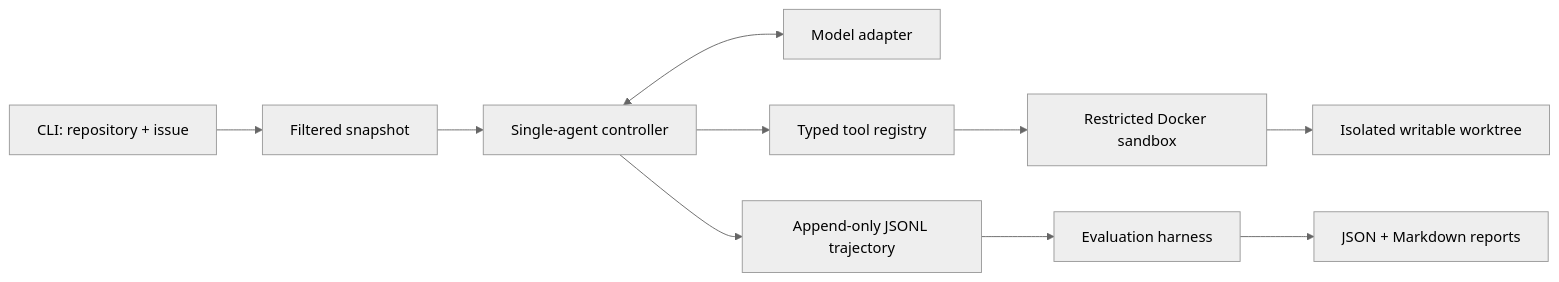
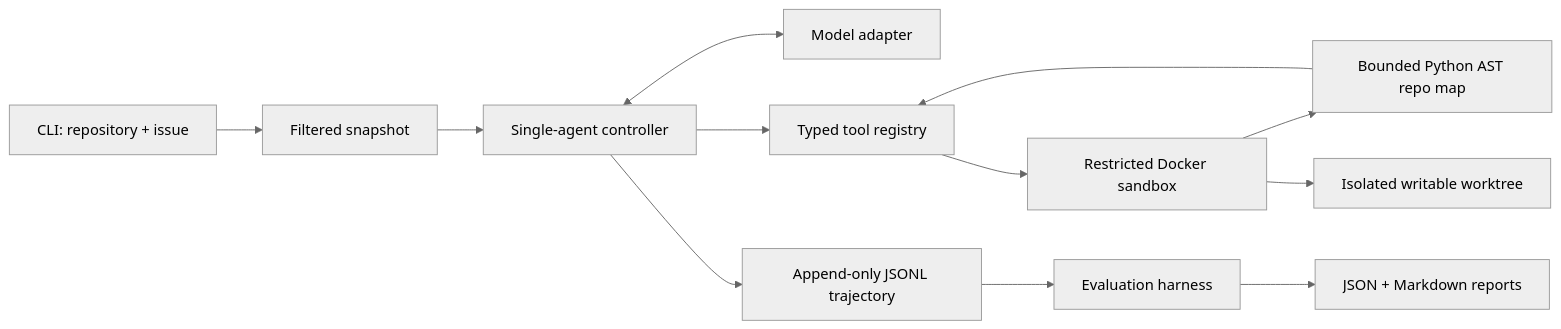
Before and after one commit to zhangxyqqq/RepoPilot: the diagram in README.md, drawn with Mermaid (neutral theme). The commit also changed other lines of this file and 82 other files, not shown here.

````diff
--- a/README.md
+++ b/README.md
@@ -18,12 +19,14 @@
 ```mermaid
 flowchart LR
     CLI["CLI: repository + issue"] --> Stage["Filtered snapshot"]
     Stage --> Loop["Single-agent controller"]
     Loop <--> Model["Model adapter"]
     Loop --> Tools["Typed tool registry"]
     Tools --> Docker["Restricted Docker sandbox"]
+    Docker --> Map["Bounded Python AST repo map"]
     Docker --> Worktree["Isolated writable worktree"]
+    Map --> Tools
     Loop --> Trace["Append-only JSONL trajectory"]
     Trace --> Eval["Evaluation harness"]
     Eval --> Reports["JSON + Markdown reports"]
 ```
````
